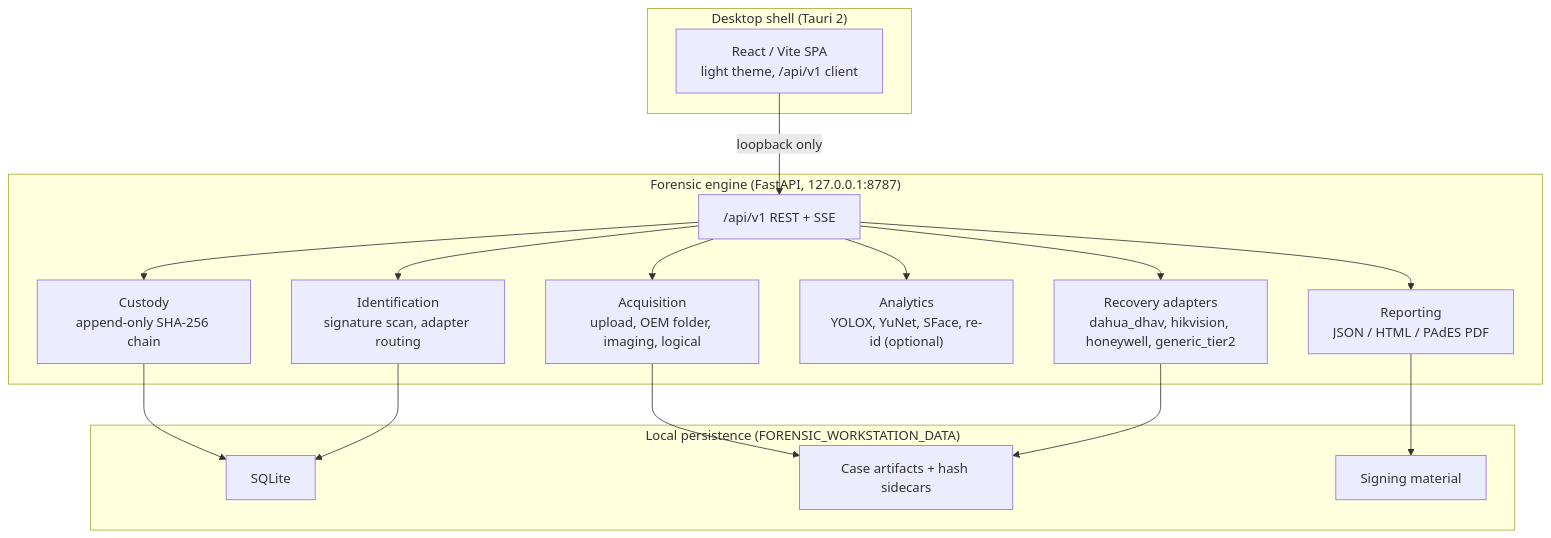
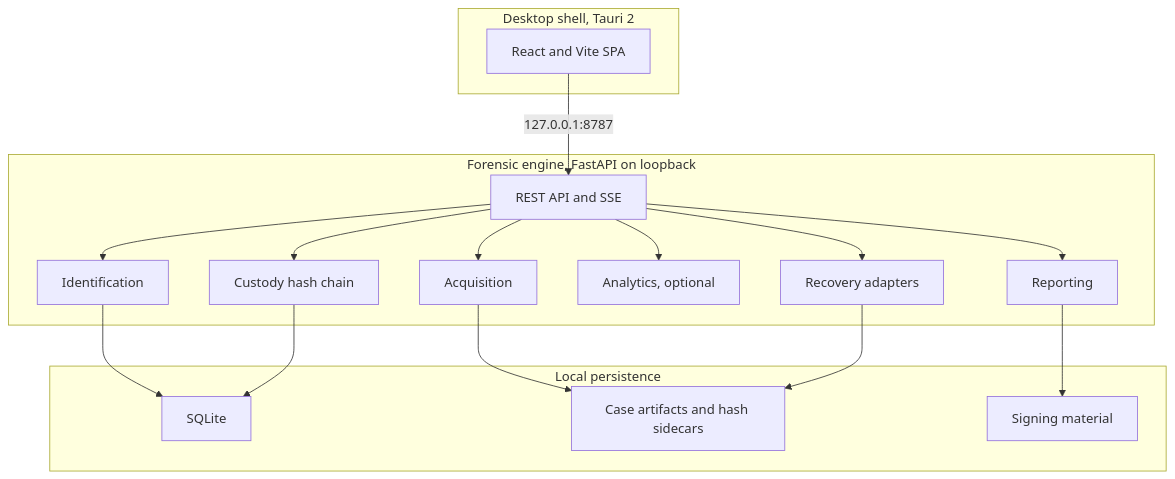
One commit to navneetxdd/Pramaan changed the third of 4 diagrams in README.md. Above: the diagram before and after it, drawn with Mermaid. The commit also changed other lines of this file, not shown here.

Commit message:
docs: fix the architecture mermaid diagram and add a contents index
The architecture diagram did not render on GitHub. It used constructs GitHub's
mermaid rejects: parentheses inside subgraph id[label] titles, a node label
starting with "/", <br/> line breaks in labels, and the "A --> B & C & D"
multi-target shorthand. Rewritten with plain subgraph titles, simple node
labels, and one edge per line. Verified as valid SVG via mermaid.ink.

Added a Contents list after the header so the manual is easier to navigate.

````diff
--- a/README.md
+++ b/README.md
@@ -139,27 +161,32 @@
 ```mermaid
 flowchart TB
-  subgraph desktop["Desktop shell (Tauri 2)"]
-    UI["React / Vite SPA<br/>light theme, /api/v1 client"]
+  subgraph desktop["Desktop shell, Tauri 2"]
+    UI["React and Vite SPA"]
   end
-  subgraph engine["Forensic engine (FastAPI, 127.0.0.1:8787)"]
-    API["/api/v1 REST + SSE"]
-    ACQ["Acquisition<br/>upload, OEM folder, imaging, logical"]
-    ID["Identification<br/>signature scan, adapter routing"]
-    REC["Recovery adapters<br/>dahua_dhav, hikvision, honeywell, generic_tier2"]
-    ANL["Analytics<br/>YOLOX, YuNet, SFace, re-id (optional)"]
-    CUS["Custody<br/>append-only SHA-256 chain"]
-    REP["Reporting<br/>JSON / HTML / PAdES PDF"]
+  subgraph engine["Forensic engine, FastAPI on loopback"]
+    API["REST API and SSE"]
+    ACQ["Acquisition"]
+    IDN["Identification"]
+    REC["Recovery adapters"]
+    ANL["Analytics, optional"]
+    CUS["Custody hash chain"]
+    REP["Reporting"]
   end
-  subgraph storage["Local persistence (FORENSIC_WORKSTATION_DATA)"]
+  subgraph storage["Local persistence"]
     DB["SQLite"]
-    ART["Case artifacts + hash sidecars"]
+    ART["Case artifacts and hash sidecars"]
     SIG["Signing material"]
   end
-  UI -->|"loopback only"| API
-  API --> ACQ & ID & REC & ANL & CUS & REP
+  UI -->|"127.0.0.1:8787"| API
+  API --> ACQ
+  API --> IDN
+  API --> REC
+  API --> ANL
+  API --> CUS
+  API --> REP
   ACQ --> ART
   REC --> ART
+  IDN --> DB
   CUS --> DB
   REP --> SIG
-  ID --> DB
 ```
````
